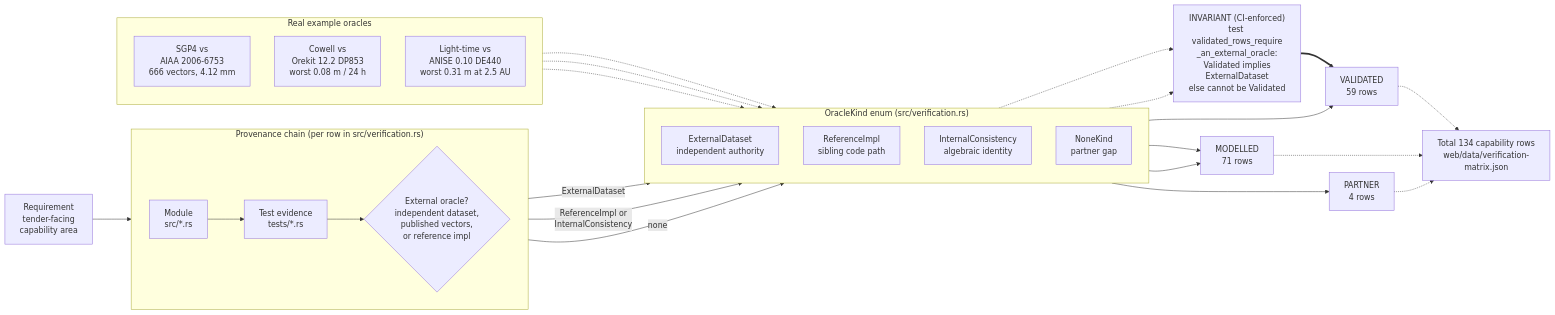
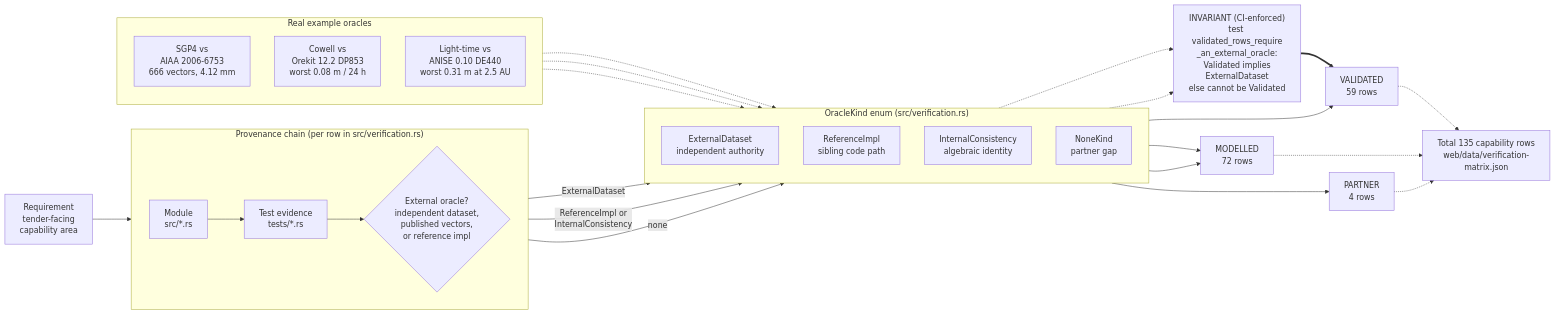
The diagram in docs/diagrams/validation-provenance.mmd (ashfordeOU/kshana), drawn with Mermaid before and after one commit. The commit also changed 31 other files, not shown here.

```diff
--- a/docs/diagrams/validation-provenance.mmd
+++ b/docs/diagrams/validation-provenance.mmd
@@ -1,49 +1,49 @@
 flowchart LR
     REQ["Requirement<br/>tender-facing<br/>capability area"]
 
     subgraph CHAIN["Provenance chain (per row in src/verification.rs)"]
         direction LR
         MOD["Module<br/>src/*.rs"]
         TST["Test evidence<br/>tests/*.rs"]
         ORA{"External oracle?<br/>independent dataset,<br/>published vectors,<br/>or reference impl"}
     end
 
     REQ --> MOD --> TST --> ORA
 
     subgraph KINDS["OracleKind enum (src/verification.rs)"]
         direction TD
         EXT["ExternalDataset<br/>independent authority"]
         REF["ReferenceImpl<br/>sibling code path"]
         INT["InternalConsistency<br/>algebraic identity"]
         NON["NoneKind<br/>partner gap"]
     end
 
     ORA -->|ExternalDataset| EXT
     ORA -->|"ReferenceImpl or<br/>InternalConsistency"| INT
     ORA -->|none| NON
 
     GUARD["INVARIANT (CI-enforced)<br/>test validated_rows_require<br/>_an_external_oracle:<br/>Validated implies<br/>ExternalDataset<br/>else cannot be Validated"]
     EXT -.-> GUARD
     INT -.-> GUARD
 
     EXT --> VAL["VALIDATED<br/>59 rows"]
-    REF --> MDL["MODELLED<br/>71 rows"]
+    REF --> MDL["MODELLED<br/>72 rows"]
     INT --> MDL
     NON --> PRT["PARTNER<br/>4 rows"]
     GUARD ==> VAL
 
     subgraph EX["Real example oracles"]
         direction TD
         E1["SGP4 vs<br/>AIAA 2006-6753<br/>666 vectors, 4.12 mm"]
         E2["Cowell vs<br/>Orekit 12.2 DP853<br/>worst 0.08 m / 24 h"]
         E3["Light-time vs<br/>ANISE 0.10 DE440<br/>worst 0.31 m at 2.5 AU"]
     end
 
     E1 -.-> EXT
     E2 -.-> EXT
     E3 -.-> EXT
 
-    TOTAL["Total 134 capability rows<br/>web/data/verification-matrix.json"]
+    TOTAL["Total 135 capability rows<br/>web/data/verification-matrix.json"]
     VAL -.-> TOTAL
     MDL -.-> TOTAL
     PRT -.-> TOTAL
```
